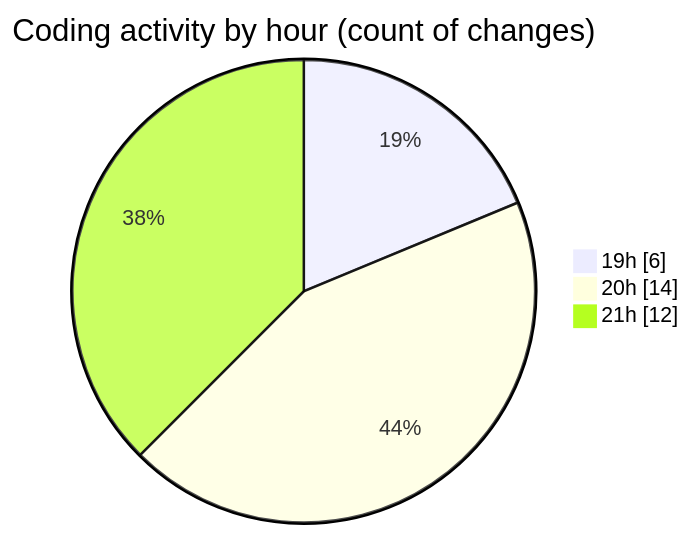
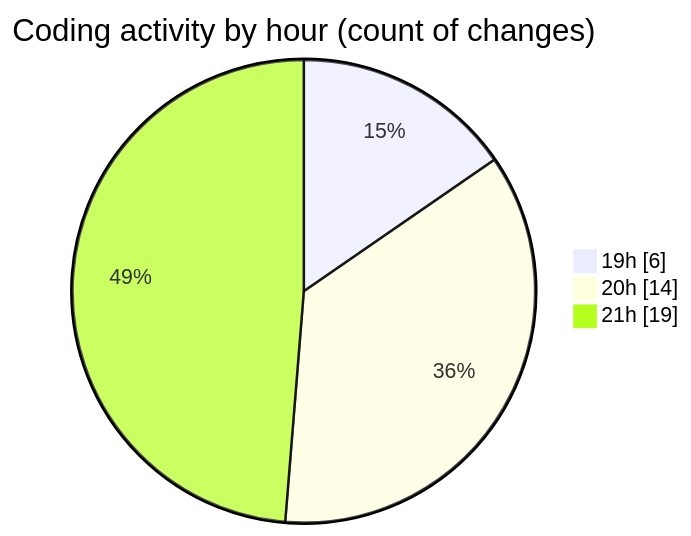
Before and after one commit to IJAZ3593/code-tracking: the second of 2 diagrams in 2025-09-13/new_folder/README.md, drawn with Mermaid. The commit also changed other lines of this file and 1 other file, not shown here.

````diff
--- a/2025-09-13/new_folder/README.md
+++ b/2025-09-13/new_folder/README.md
@@ -35,7 +35,7 @@
 ```mermaid
 pie showData
 title Coding activity by hour (count of changes)
 "19h" : 6
 "20h" : 14
-"21h" : 12
+"21h" : 19
 ```
````
